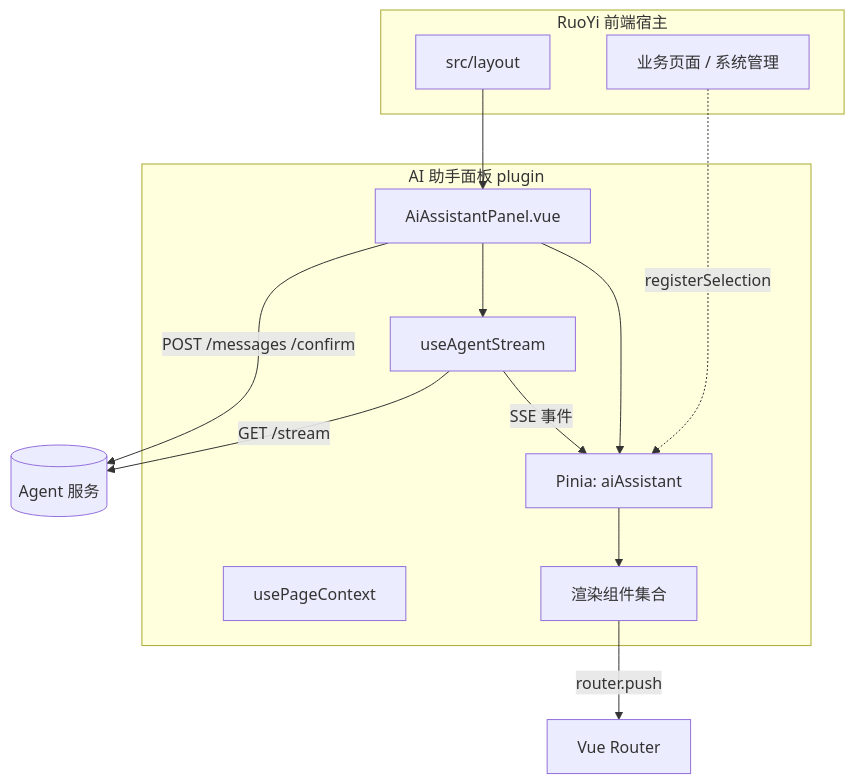
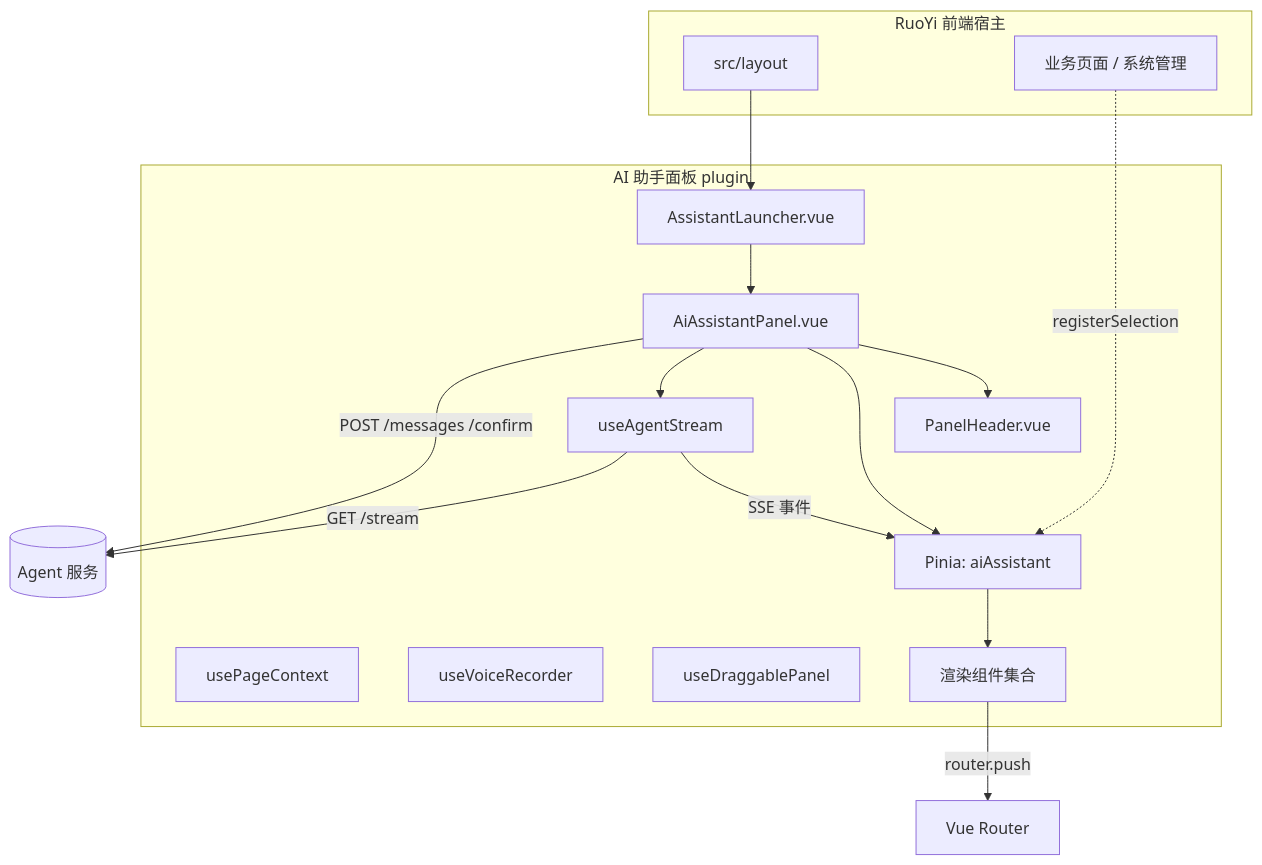
Before and after one commit to fzzf297/ruoyi-ai: the diagram in docs/frontend/README.md, drawn with Mermaid. The commit also changed other lines of this file and 1635 other files, not shown here.

````diff
--- a/docs/frontend/README.md
+++ b/docs/frontend/README.md
@@ -56,23 +61,29 @@
 ```mermaid
 flowchart TD
     subgraph host [RuoYi 前端宿主]
         Layout[src/layout]
         Biz[业务页面 / 系统管理]
     end
     subgraph panel [AI 助手面板 plugin]
+        Launcher[AssistantLauncher.vue]
         Panel[AiAssistantPanel.vue]
+        Header[PanelHeader.vue]
         Store[Pinia: aiAssistant]
         Stream[useAgentStream]
         Ctx[usePageContext]
+        Voice[useVoiceRecorder]
+        Drag[useDraggablePanel]
         Comps[渲染组件集合]
     end
-    Layout --> Panel
+    Layout --> Launcher
+    Launcher --> Panel
+    Panel --> Header
     Biz -. registerSelection .-> Store
     Panel --> Store
     Store --> Comps
     Panel --> Stream
     Stream -->|SSE 事件| Store
     Panel -->|POST /messages /confirm| Agent[(Agent 服务)]
     Stream -->|GET /stream| Agent
     Comps -->|router.push| Router[Vue Router]
 ```
````
